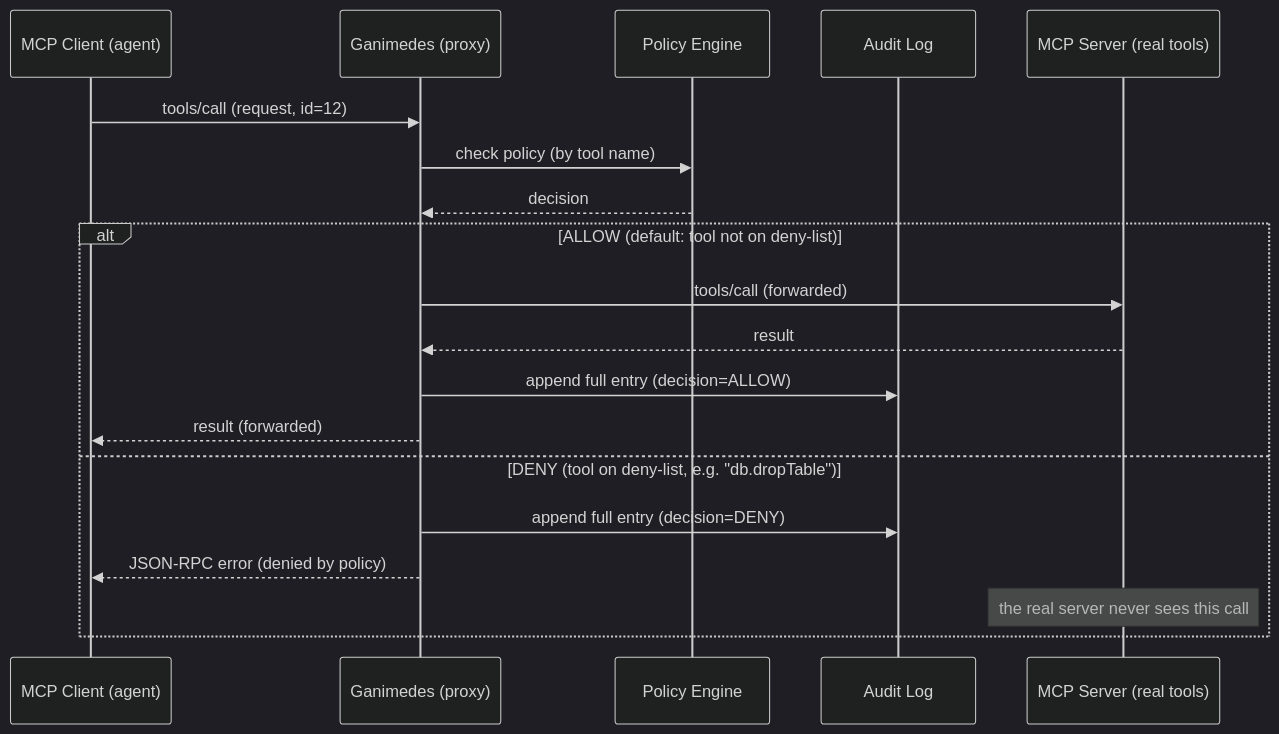
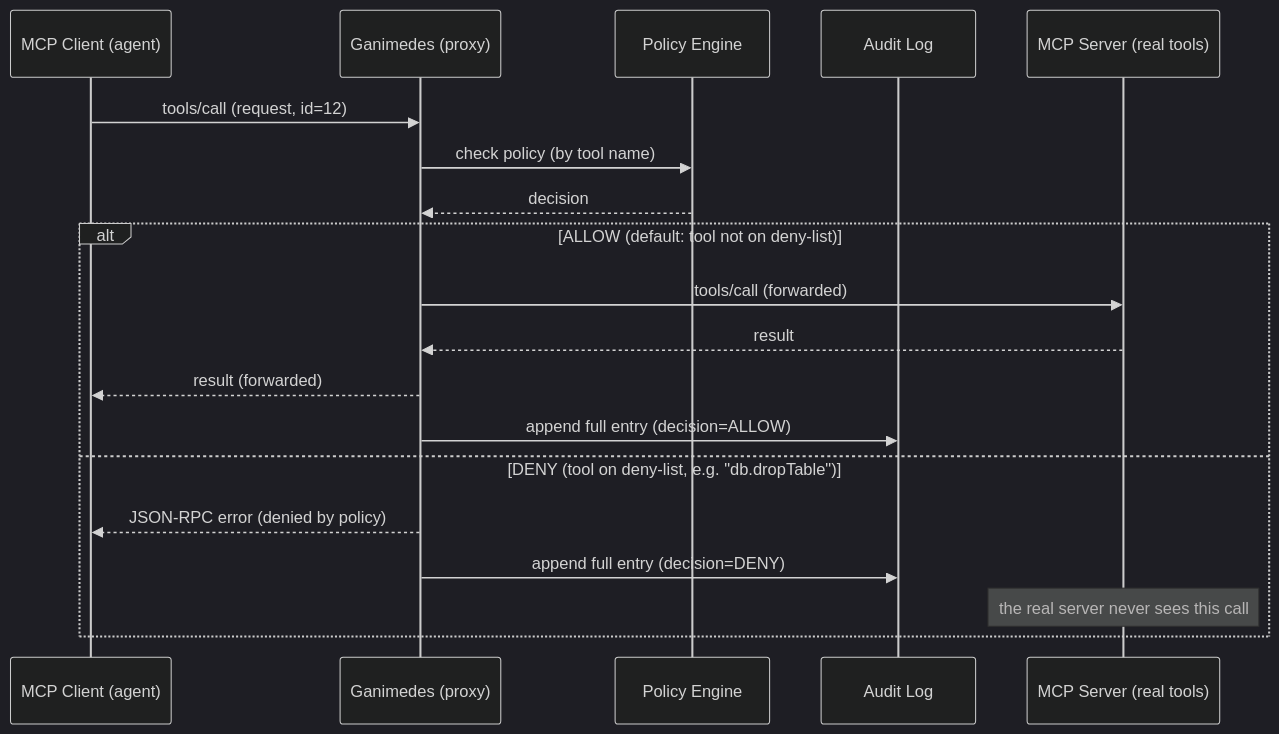
One commit to Jegoba90/Ganimedes-Project changed the third of 4 diagrams in docs/SEQUENCES.md. Above: the diagram before and after it, drawn with Mermaid (dark theme). The commit also changed other lines of this file and 12 other files, not shown here.

````diff
--- a/docs/SEQUENCES.md
+++ b/docs/SEQUENCES.md
@@ -74,23 +82,23 @@
 ```mermaid
 sequenceDiagram
     participant C as MCP Client (agent)
     participant G as Ganimedes (proxy)
     participant P as Policy Engine
     participant A as Audit Log
     participant S as MCP Server (real tools)
 
     C->>G: tools/call (request, id=12)
     G->>P: check policy (by tool name)
     P-->>G: decision
 
     alt ALLOW (default: tool not on deny-list)
         G->>S: tools/call (forwarded)
         S-->>G: result
+        G-->>C: result (forwarded)
         G->>A: append full entry (decision=ALLOW)
-        G-->>C: result (forwarded)
     else DENY (tool on deny-list, e.g. "db.dropTable")
+        G-->>C: JSON-RPC error (denied by policy)
         G->>A: append full entry (decision=DENY)
-        G-->>C: JSON-RPC error (denied by policy)
         Note over S: the real server never sees this call
     end
 ```
````
